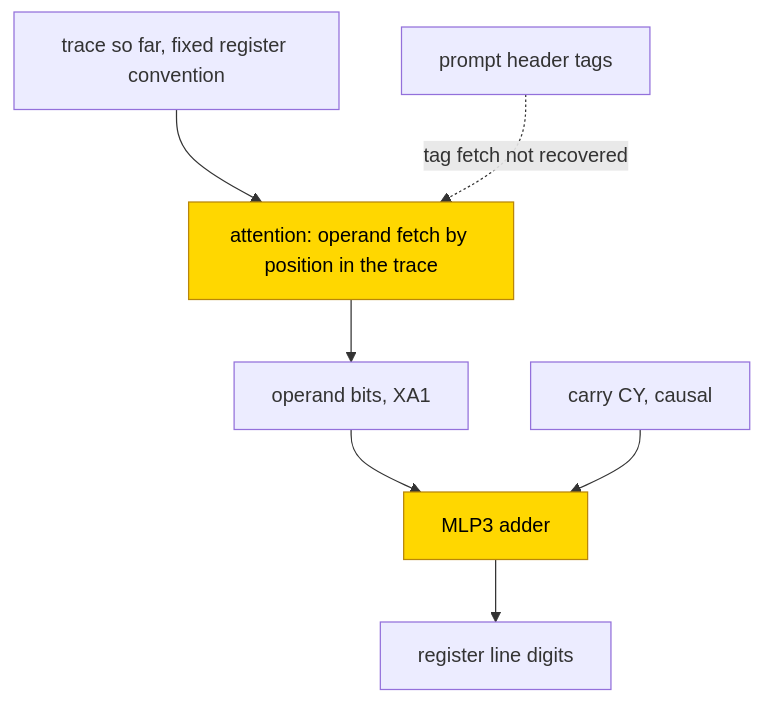
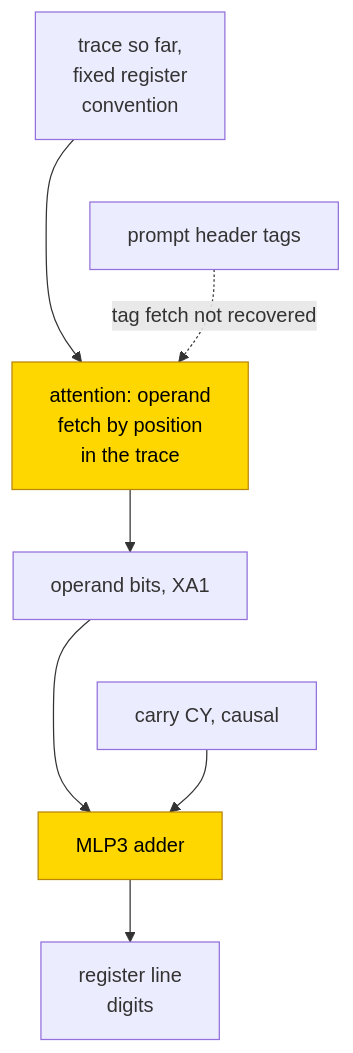
One commit to jc1122/mechanistic-interpretability-circuit-atlas changed the second of 2 diagrams in entries/compose-arithmetic-registers.md. Above: the diagram before and after it, drawn with Mermaid. The commit also changed other lines of this file and 39 other files, not shown here.

````diff
--- a/entries/compose-arithmetic-registers.md
+++ b/entries/compose-arithmetic-registers.md
@@ -193,13 +199,16 @@
 ```mermaid
 flowchart TD
     accTitle: Positional operand fetching in the failing TRAIN family
     accDescr: The fixed trace convention supplies operand bits by position, while header-tag fetching was not recovered. A causal carry path enters the trained adder MLP. Marked nodes are wholly trained components. No TRAIN closed form was recovered; the page's partial status applies only to the separate PART screen.
-    T["trace so far, fixed register convention"] --> F["attention: operand fetch by position in the trace"]
+    T["trace so far,<br/>fixed register<br/>convention"] --> F["attention: operand<br/>fetch by position<br/>in the trace"]
     H["prompt header tags"] -.->|"tag fetch not recovered"| F
     F --> X["operand bits, XA1"]
     X --> M3["MLP3 adder"]
     CY["carry CY, causal"] --> M3
-    M3 --> Y["register line digits"]
+    M3 --> Y["register line<br/>digits"]
     classDef trained fill:gold,stroke:darkgoldenrod,color:black
     class F,M3 trained
+    %% Invisible links constrain vertical layout only, not computation.
+    T ~~~ H
+    X ~~~ CY
 ```
````
